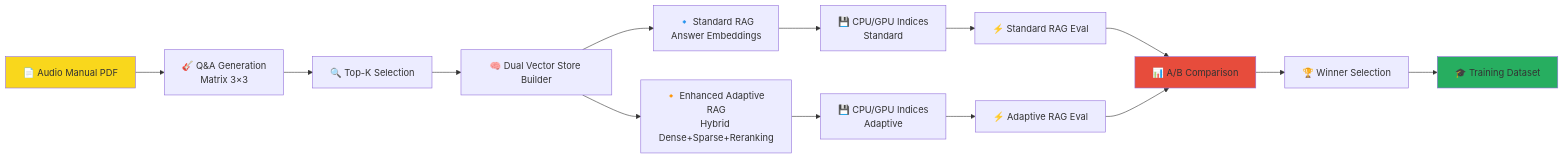
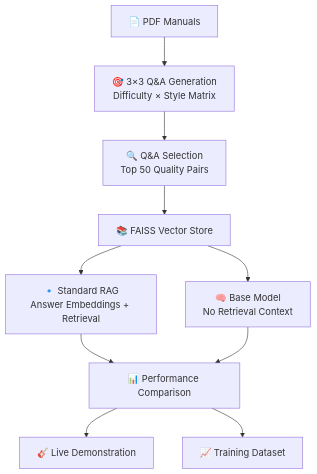
The diagram in README.md (monk-ee/pdf-autorag-qa), drawn with Mermaid before and after one commit. The commit also changed other lines of this file and 158 other files, not shown here.

````diff
--- a/README.md
+++ b/README.md
@@ -27,25 +15,14 @@
 ```mermaid
-graph LR
-    A[📄 Audio Manual PDF] --> B[🎸 Q&A Generation<br/>Matrix 3×3]
-    B --> C[🔍 Top-K Selection]
-    C --> D[🧠 Dual Vector Store Builder]
+flowchart TD
+    A[📄 PDF Manuals] --> B[🎯 3×3 Q&A Generation<br/>Difficulty × Style Matrix]
+    B --> C[🔍 Q&A Selection<br/>Top 50 Quality Pairs]
+    C --> D[📚 FAISS Vector Store]
     
-    D --> E1[🔹 Standard RAG<br/>Answer Embeddings]
-    D --> E2[🔸 Enhanced Adaptive RAG<br/>Hybrid Dense+Sparse+Reranking]
+    D --> E1[🔹 Standard RAG<br/>Answer Embeddings + Retrieval]
+    D --> E2[🧠 Base Model<br/>No Retrieval Context]
     
-    E1 --> F1[💾 CPU/GPU Indices<br/>Standard]
-    E2 --> F2[💾 CPU/GPU Indices<br/>Adaptive]
-    
-    F1 --> G1[⚡ Standard RAG Eval]
-    F2 --> G2[⚡ Adaptive RAG Eval]
-    
-    G1 --> H[📊 A/B Comparison]
-    G2 --> H
-    
-    H --> I[🏆 Winner Selection]
-    I --> J[🎓 Training Dataset]
-    
-    style A fill:#f9d71c
-    style H fill:#e74c3c
-    style J fill:#27ae60
+    E1 --> F[📊 Performance Comparison]
+    E2 --> F
+    F --> G[🎸 Live Demonstration]
+    F --> H[📈 Training Dataset]
 ```
````
